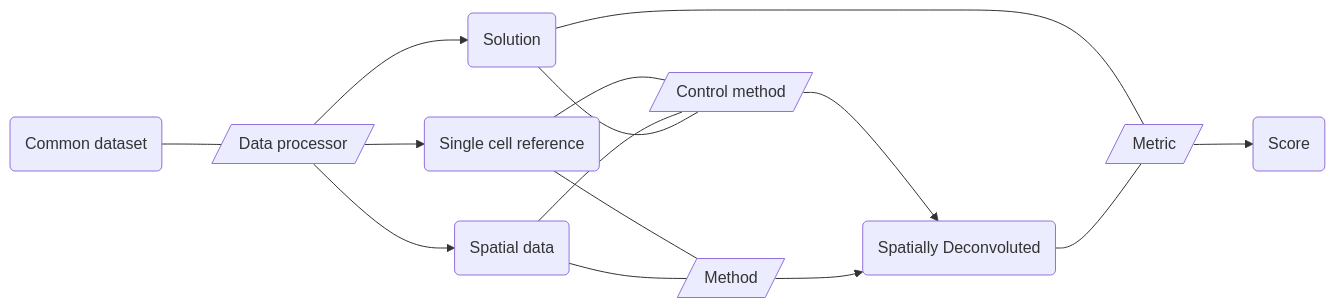
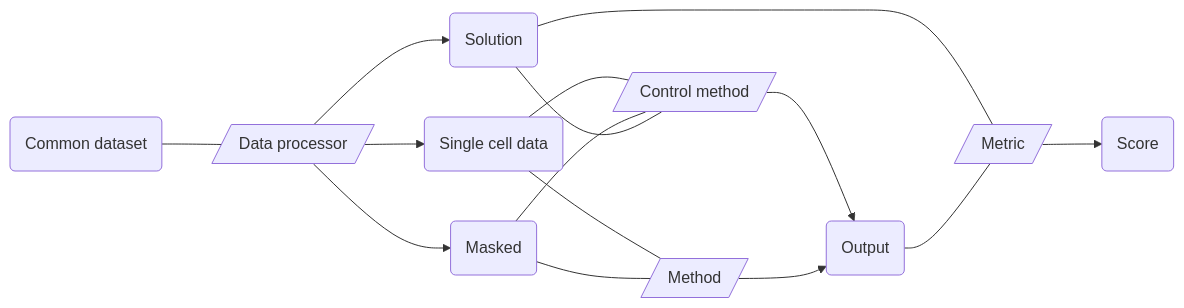
Before and after one commit to openproblems-bio/openproblems-v2: the diagram in src/tasks/spatial_decomposition/README.md, drawn with Mermaid. The commit also changed other lines of this file and 4 other files, not shown here.

````diff
--- a/src/tasks/spatial_decomposition/README.md
+++ b/src/tasks/spatial_decomposition/README.md
@@ -36,27 +40,27 @@
 ``` mermaid
 flowchart LR
   file_common_dataset("Common dataset")
   comp_process_dataset[/"Data processor"/]
-  file_single_cell("Single cell reference")
-  file_spatial_masked("Spatial data")
+  file_single_cell("Single cell data")
+  file_spatial_masked("Masked")
   file_solution("Solution")
   comp_control_method[/"Control method"/]
   comp_method[/"Method"/]
   comp_metric[/"Metric"/]
-  file_output("Spatially Deconvoluted")
+  file_output("Output")
   file_score("Score")
   file_common_dataset---comp_process_dataset
   comp_process_dataset-->file_single_cell
   comp_process_dataset-->file_spatial_masked
   comp_process_dataset-->file_solution
   file_single_cell---comp_control_method
   file_single_cell---comp_method
   file_spatial_masked---comp_control_method
-  file_spatial_masked---comp_method  
+  file_spatial_masked---comp_method
   file_solution---comp_control_method
   file_solution---comp_metric
   comp_control_method-->file_output
   comp_method-->file_output
   comp_metric-->file_score
   file_output---comp_metric
 ```
````
